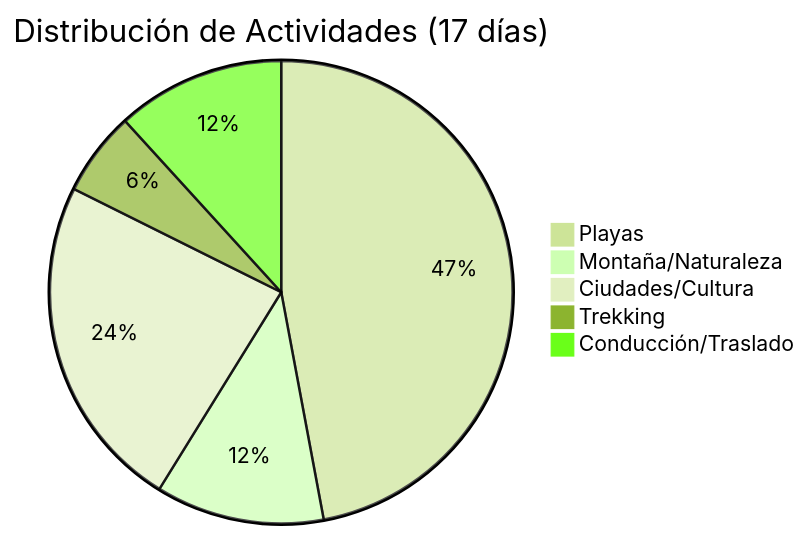
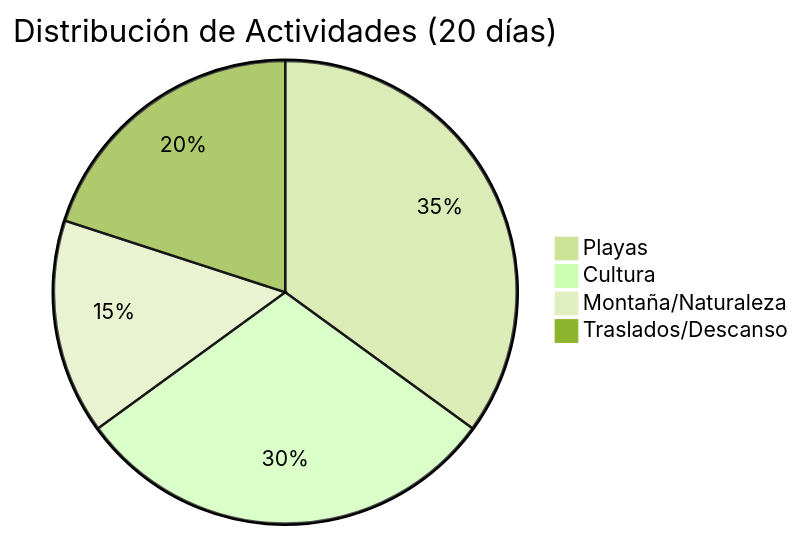
One commit to carlosrodlop/carlosrodlop-docs changed the third of 4 diagrams in trips/Portugal_2025.md. Above: the diagram before and after it, drawn with Mermaid (forest theme). The commit also changed other lines of this file, not shown here.

Commit message:
doc: añadiendo 20 días

````diff
--- a/trips/Portugal_2025.md
+++ b/trips/Portugal_2025.md
@@ -181,8 +217,7 @@
 ```mermaid
-pie title Distribución de Actividades (17 días)
-    "Playas" : 8
-    "Montaña/Naturaleza" : 2
-    "Ciudades/Cultura" : 4
-    "Trekking" : 1
-    "Conducción/Traslado" : 2
+pie title Distribución de Actividades (20 días)
+    "Playas" : 7
+    "Cultura" : 6
+    "Montaña/Naturaleza" : 3
+    "Traslados/Descanso" : 4
 ```
````
